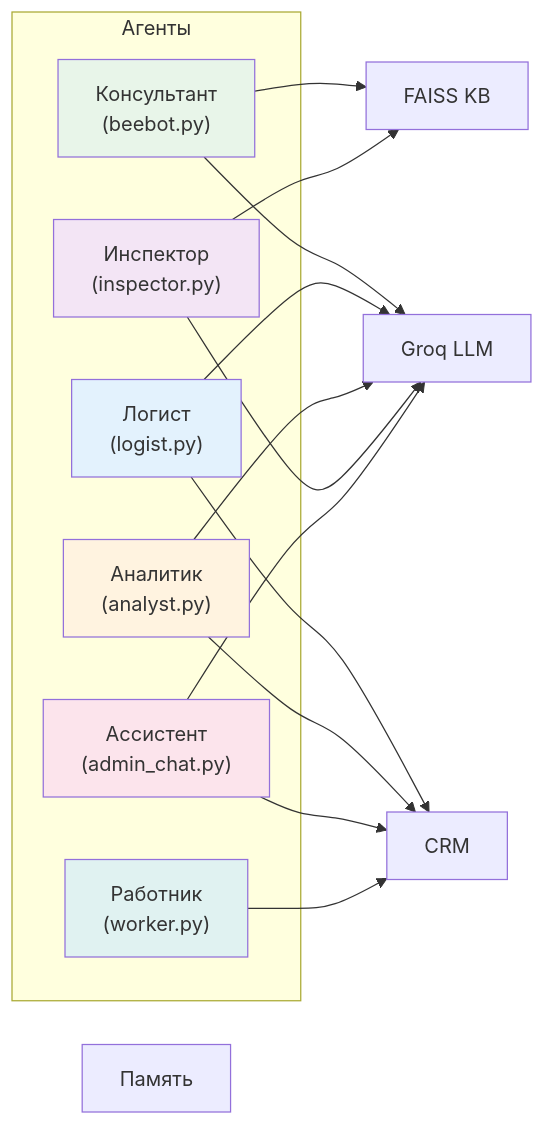
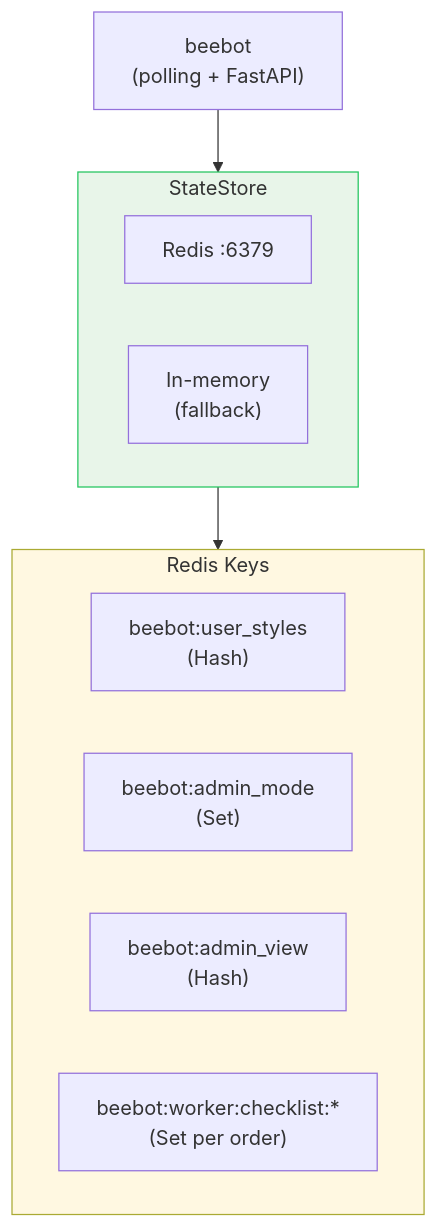
One commit to alekseymavai/BEEBOT changed the seventh of 15 diagrams in docs/architecture.md. Above: the diagram before and after it, drawn with Mermaid. The commit also changed other lines of this file and 42 other files, not shown here.

````diff
--- a/docs/architecture.md
+++ b/docs/architecture.md
@@ -96,30 +343,22 @@
 ```mermaid
-graph LR
-    subgraph AGENTS["Агенты"]
-        BEEBOT["Консультант<br/>(beebot.py)"]
-        LOGIST["Логист<br/>(logist.py)"]
-        ANALYST["Аналитик<br/>(analyst.py)"]
-        INSPECTOR["Инспектор<br/>(inspector.py)"]
-        ADMIN_CHAT["Ассистент<br/>(admin_chat.py)"]
-        WORKER_A["Работник<br/>(worker.py)"]
+graph TB
+    BEEBOT["beebot<br/>(polling + FastAPI)"]
+
+    subgraph STORE["StateStore"]
+        REDIS_STORE["Redis :6379"]
+        FALLBACK["In-memory<br/>(fallback)"]
     end
 
-    KB["FAISS KB"]
-    LLM["Groq LLM"]
-    CRM["CRM"]
-    MEM["Память"]
+    subgraph KEYS["Redis Keys"]
+        K1["beebot:user_styles<br/>(Hash)"]
+        K2["beebot:admin_mode<br/>(Set)"]
+        K3["beebot:admin_view<br/>(Hash)"]
+        K4["beebot:worker:checklist:*<br/>(Set per order)"]
+    end
 
-    BEEBOT --> KB & LLM
-    LOGIST --> CRM & LLM
-    ANALYST --> CRM & LLM
-    INSPECTOR --> KB & LLM
-    ADMIN_CHAT --> CRM & LLM
-    WORKER_A --> CRM
+    BEEBOT --> STORE
+    STORE --> KEYS
 
-    style BEEBOT fill:#e8f5e9
-    style LOGIST fill:#e3f2fd
-    style ANALYST fill:#fff3e0
-    style INSPECTOR fill:#f3e5f5
-    style ADMIN_CHAT fill:#fce4ec
-    style WORKER_A fill:#e0f2f1
+    style STORE fill:#e8f5e9,stroke:#22c55e
+    style KEYS fill:#fff8e1
 ```
````
